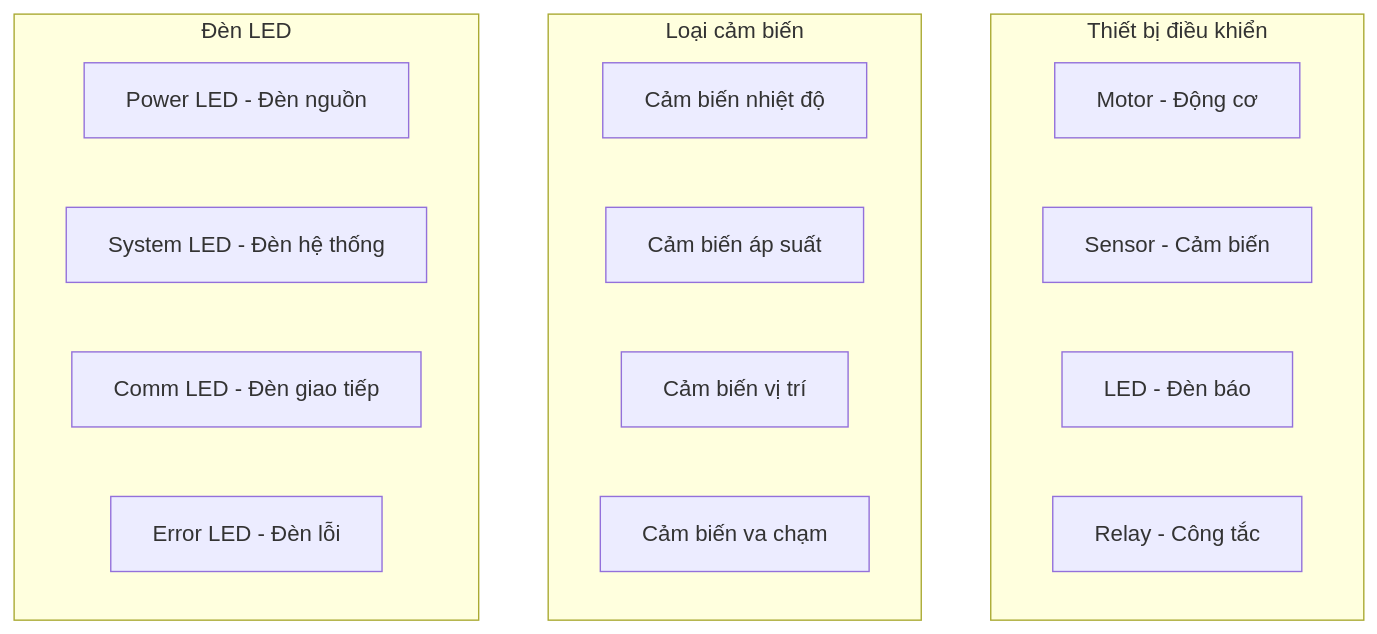
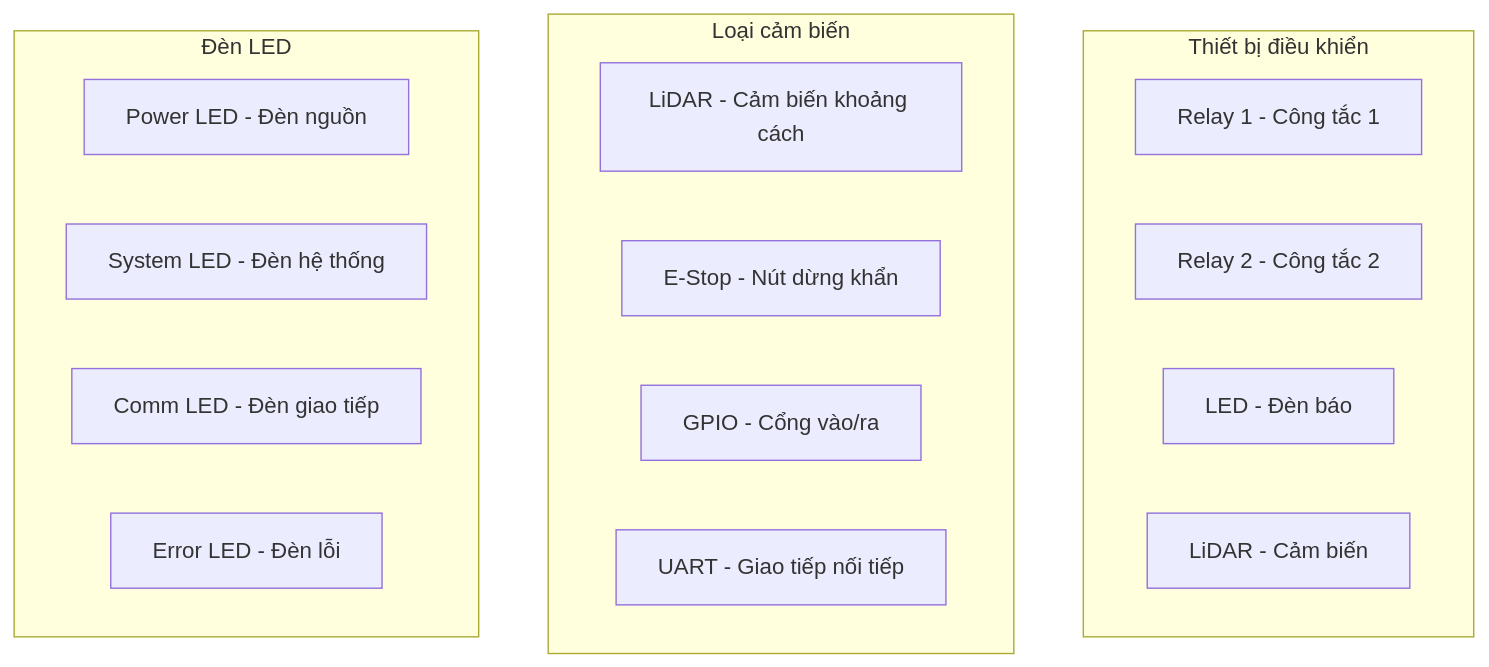
One commit to kimlam2010/OHT_V2 changed the fifth of 9 diagrams in docs/FIRMWARE/04_DOCUMENTATION/FIRMWARE_TINH_NANG_HIEN_TAI.md. Above: the diagram before and after it, drawn with Mermaid. The commit also changed other lines of this file, not shown here.

````diff
--- a/docs/FIRMWARE/04_DOCUMENTATION/FIRMWARE_TINH_NANG_HIEN_TAI.md
+++ b/docs/FIRMWARE/04_DOCUMENTATION/FIRMWARE_TINH_NANG_HIEN_TAI.md
@@ -175,23 +176,23 @@
 ```mermaid
 graph TB
     subgraph "Thiết bị điều khiển"
-        M1[Motor - Động cơ]
-        M2[Sensor - Cảm biến]
+        M1[Relay 1 - Công tắc 1]
+        M2[Relay 2 - Công tắc 2]
         M3[LED - Đèn báo]
-        M4[Relay - Công tắc]
+        M4[LiDAR - Cảm biến]
     end
     
     subgraph "Loại cảm biến"
-        S1[Cảm biến nhiệt độ]
-        S2[Cảm biến áp suất]
-        S3[Cảm biến vị trí]
-        S4[Cảm biến va chạm]
+        S1[LiDAR - Cảm biến khoảng cách]
+        S2[E-Stop - Nút dừng khẩn]
+        S3[GPIO - Cổng vào/ra]
+        S4[UART - Giao tiếp nối tiếp]
     end
     
     subgraph "Đèn LED"
         L1[Power LED - Đèn nguồn]
         L2[System LED - Đèn hệ thống]
         L3[Comm LED - Đèn giao tiếp]
         L4[Error LED - Đèn lỗi]
     end
 ```
````
